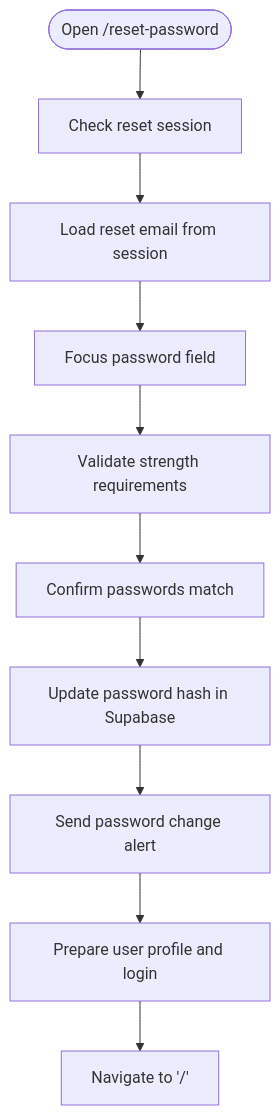
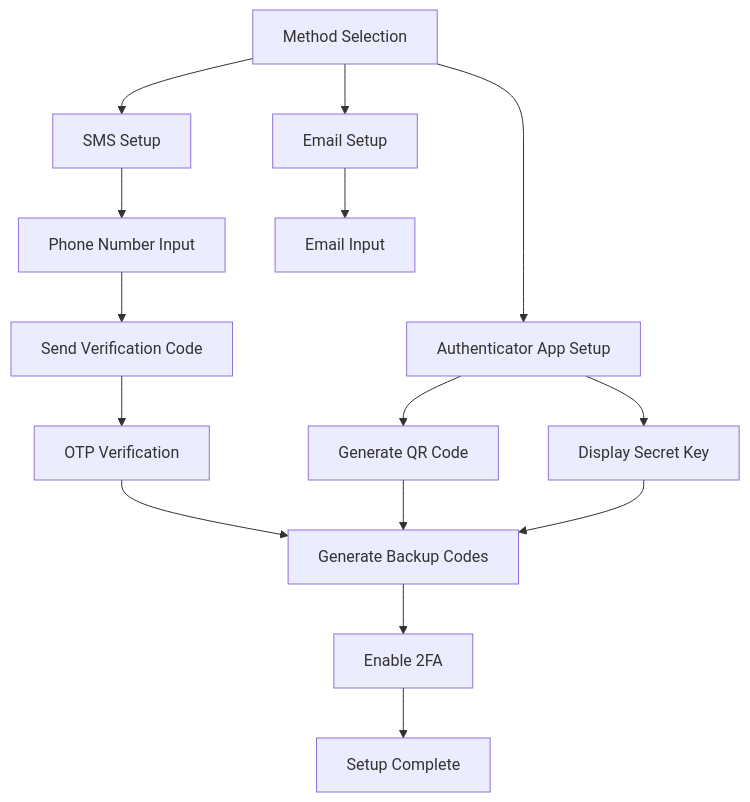
Before and after one commit to zpria/ACCOUND-ZPRIA: the fifth of 9 diagrams in .qoder/repowiki/en/content/Page Components/Authentication Pages.md, drawn with Mermaid. The commit also changed other lines of this file and 12 other files, not shown here.

````diff
--- a/.qoder/repowiki/en/content/Page Components/Authentication Pages.md
+++ b/.qoder/repowiki/en/content/Page Components/Authentication Pages.md
@@ -289,12 +270,17 @@
 ```mermaid
 flowchart TD
-Start(["Open /reset-password"]) --> CheckSession["Check reset session"]
-CheckSession --> LoadEmail["Load reset email from session"]
-LoadEmail --> FocusPassword["Focus password field"]
-FocusPassword --> ValidateStrength["Validate strength requirements"]
-ValidateStrength --> ConfirmMatch["Confirm passwords match"]
-ConfirmMatch --> UpdatePassword["Update password hash in Supabase"]
-UpdatePassword --> SendAlert["Send password change alert"]
-SendAlert --> AutoLogin["Prepare user profile and login"]
-AutoLogin --> NavigateHome["Navigate to '/'"]
+Methods["Method Selection"] --> SMS["SMS Setup"]
+Methods --> Email["Email Setup"]
+Methods --> Authenticator["Authenticator App Setup"]
+SMS --> PhoneInput["Phone Number Input"]
+PhoneInput --> SendOTP["Send Verification Code"]
+SendOTP --> VerifyOTP["OTP Verification"]
+Email --> EmailInput["Email Input"]
+Authenticator --> QRGen["Generate QR Code"]
+Authenticator --> SecretKey["Display Secret Key"]
+VerifyOTP --> BackupCodes["Generate Backup Codes"]
+QRGen --> BackupCodes
+SecretKey --> BackupCodes
+BackupCodes --> Enable2FA["Enable 2FA"]
+Enable2FA --> Complete["Setup Complete"]
 ```
````
